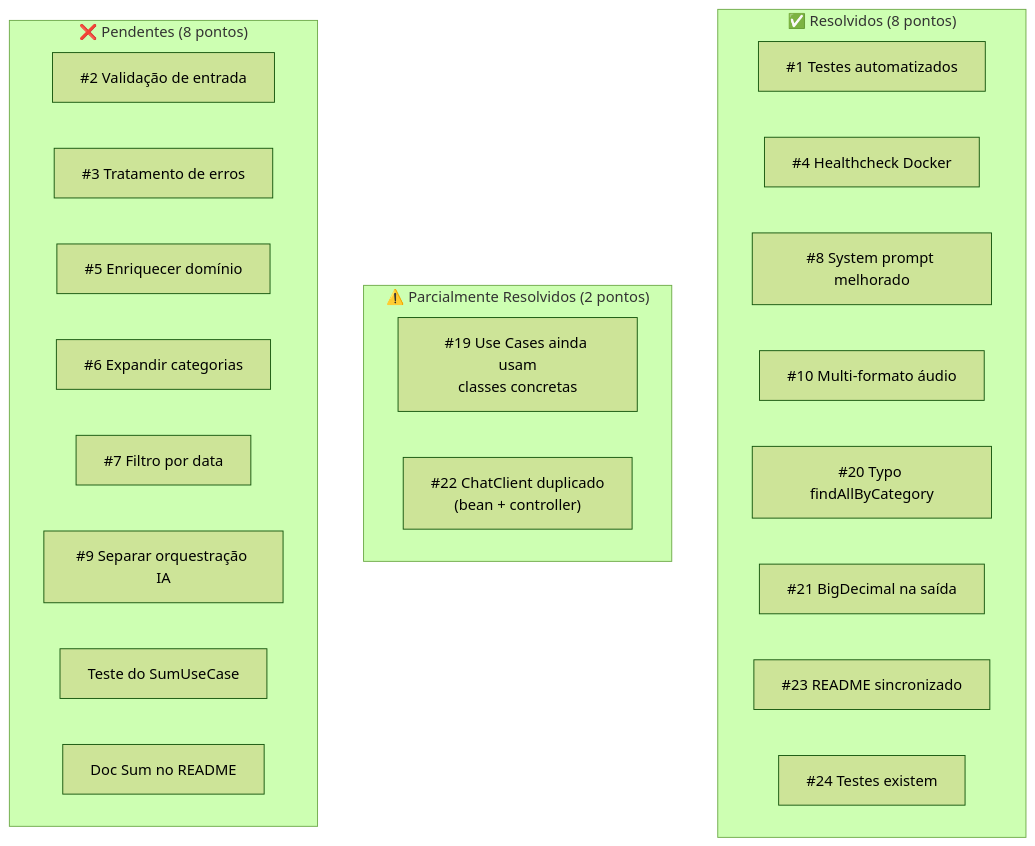
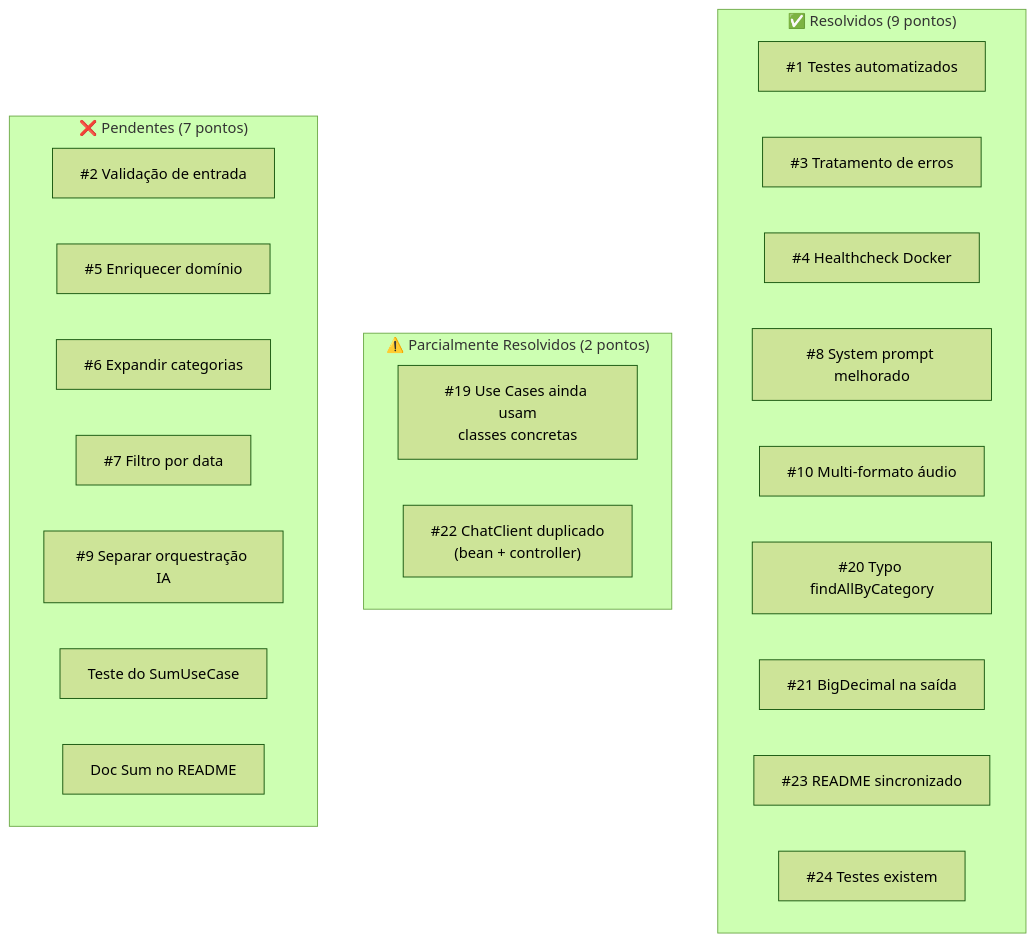
Before and after one commit to GLzanetti/ProjetoBudgetingItauEDio: the second of 2 diagrams in docs/analise-projeto.md, drawn with Mermaid (forest theme). The commit also changed other lines of this file, not shown here.

Commit message:
docs: atualizar analise do projeto com resolucao do topico 3 (tratamento de erros)

````diff
--- a/docs/analise-projeto.md
+++ b/docs/analise-projeto.md
@@ -352,29 +357,29 @@
 ```mermaid
 flowchart TD
-    subgraph RESOLVIDOS["✅ Resolvidos (8 pontos)"]
+    subgraph RESOLVIDOS["✅ Resolvidos (9 pontos)"]
         R1["#1 Testes automatizados"]
+        R3["#3 Tratamento de erros"]
         R4["#4 Healthcheck Docker"]
         R8["#8 System prompt melhorado"]
         R10["#10 Multi-formato áudio"]
         R20["#20 Typo findAllByCategory"]
         R21["#21 BigDecimal na saída"]
         R23["#23 README sincronizado"]
         R24["#24 Testes existem"]
     end
 
     subgraph PARCIAL["⚠️ Parcialmente Resolvidos (2 pontos)"]
         P19["#19 Use Cases ainda usam\nclasses concretas"]
         P22["#22 ChatClient duplicado\n(bean + controller)"]
     end
 
-    subgraph PENDENTES["❌ Pendentes (8 pontos)"]
+    subgraph PENDENTES["❌ Pendentes (7 pontos)"]
         X2["#2 Validação de entrada"]
-        X3["#3 Tratamento de erros"]
         X5["#5 Enriquecer domínio"]
         X6["#6 Expandir categorias"]
         X7["#7 Filtro por data"]
         X9["#9 Separar orquestração IA"]
         XNEW["Teste do SumUseCase"]
         XDOC["Doc Sum no README"]
     end
 ```
````
